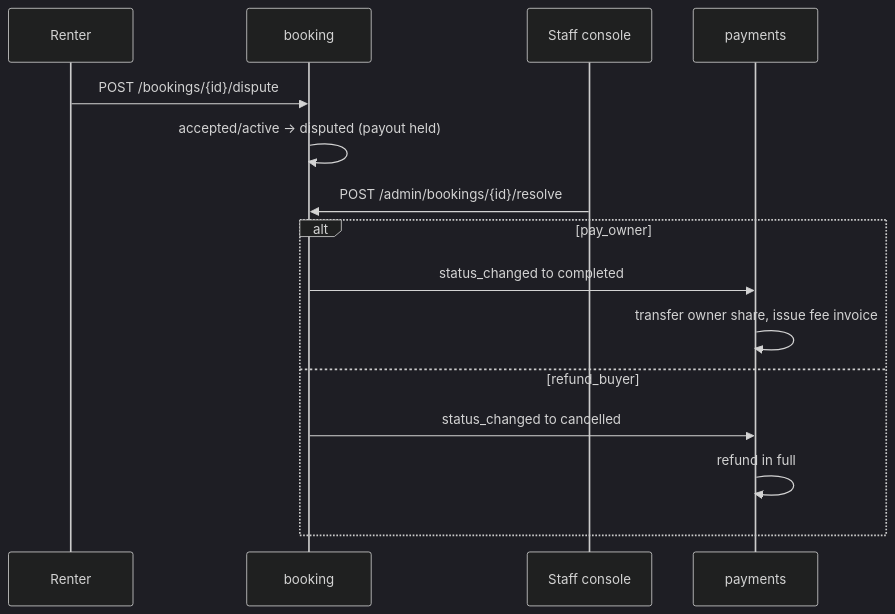
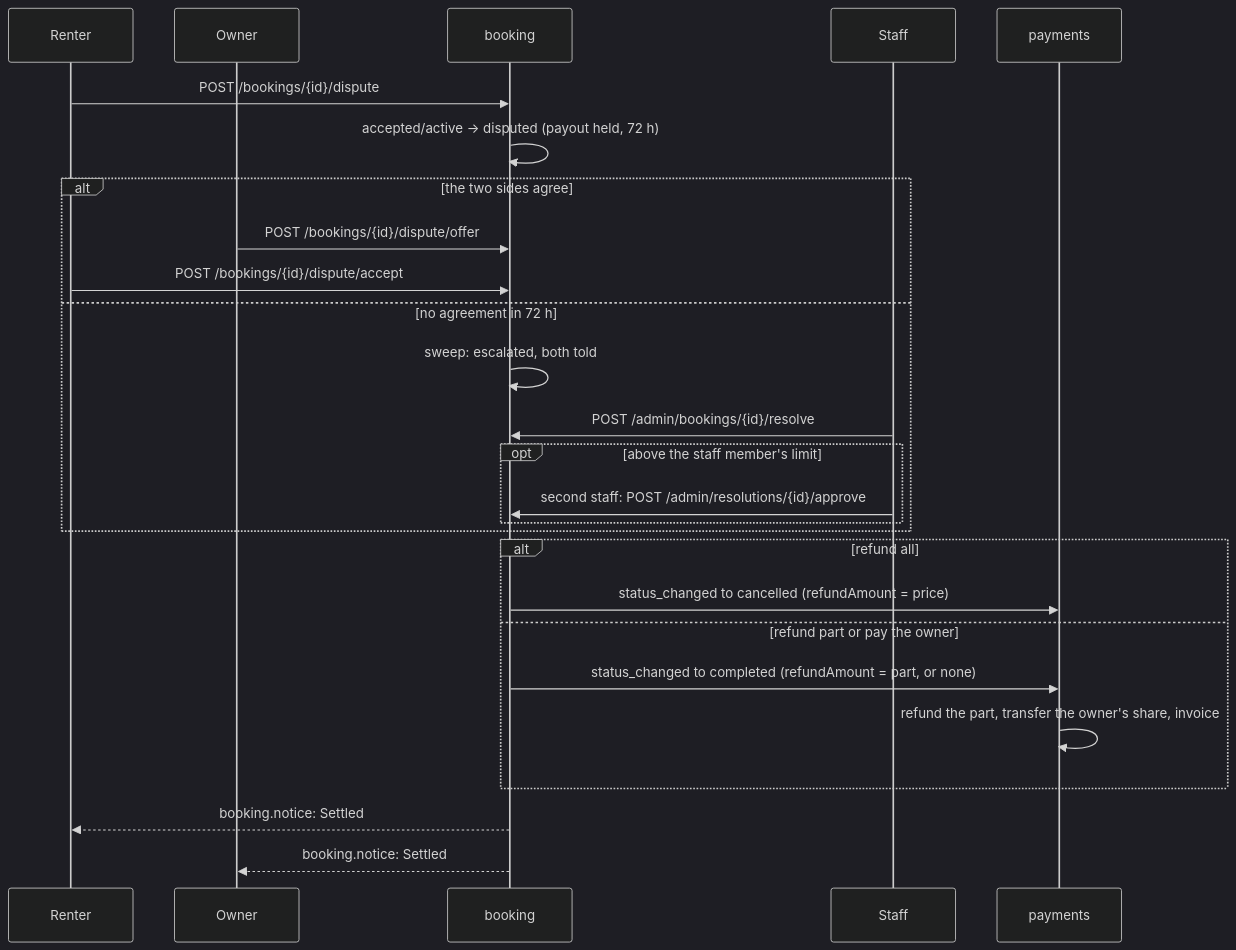
The fourth of 4 diagrams in docs/FLOWS.md (Tunisian-Automation-Group/R_Management), drawn with Mermaid (dark theme) before and after one commit. The commit also changed other lines of this file and 5 other files, not shown here.

````diff
--- a/docs/FLOWS.md
+++ b/docs/FLOWS.md
@@ -1023,17 +1163,28 @@
 ```mermaid
 sequenceDiagram
   participant R as Renter
+  participant O as Owner
   participant B as booking
-  participant St as Staff console
+  participant St as Staff
   participant P as payments
   R->>B: POST /bookings/{id}/dispute
-  B->>B: accepted/active -> disputed (payout held)
-  St->>B: POST /admin/bookings/{id}/resolve
-  alt pay_owner
-    B->>P: status_changed to completed
-    P->>P: transfer owner share, issue fee invoice
-  else refund_buyer
-    B->>P: status_changed to cancelled
-    P->>P: refund in full
+  B->>B: accepted/active -> disputed (payout held, 72 h)
+  alt the two sides agree
+    O->>B: POST /bookings/{id}/dispute/offer
+    R->>B: POST /bookings/{id}/dispute/accept
+  else no agreement in 72 h
+    B->>B: sweep: escalated, both told
+    St->>B: POST /admin/bookings/{id}/resolve
+    opt above the staff member's limit
+      St->>B: second staff: POST /admin/resolutions/{id}/approve
+    end
   end
+  alt refund all
+    B->>P: status_changed to cancelled (refundAmount = price)
+  else refund part or pay the owner
+    B->>P: status_changed to completed (refundAmount = part, or none)
+    P->>P: refund the part, transfer the owner's share, invoice
+  end
+  B-->>R: booking.notice: Settled
+  B-->>O: booking.notice: Settled
 ```
````
